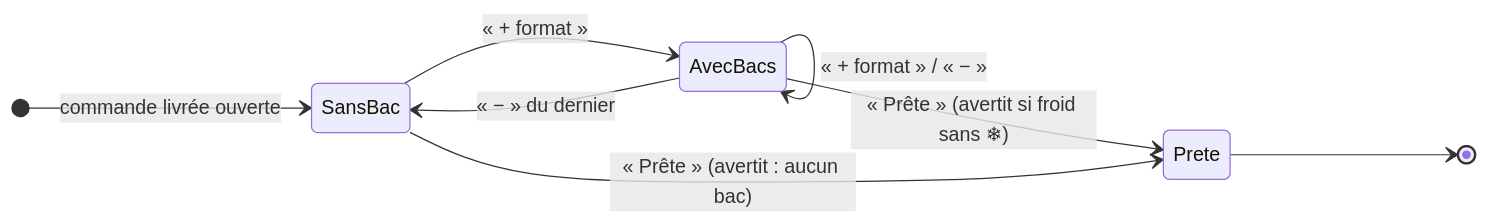
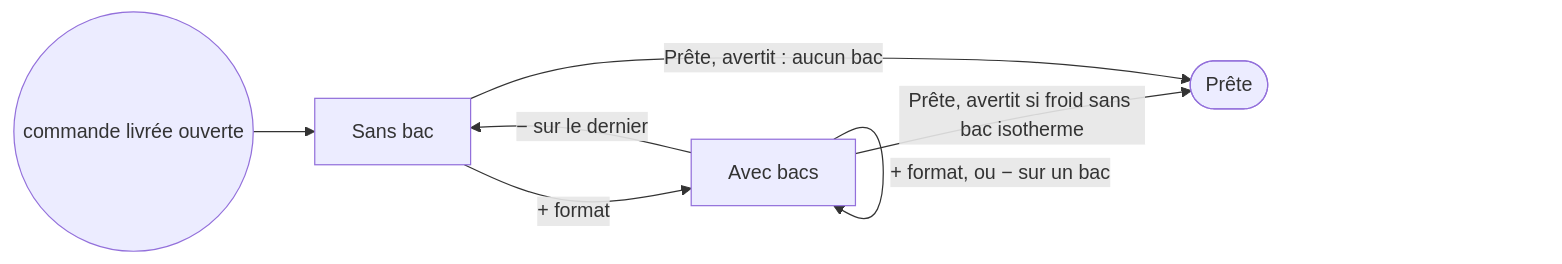
One commit to hugoheynard/lfd changed the third of 3 diagrams in documentation/livraisons/plan-le-plus-choisit-un-bac.md. Above: the diagram before and after it, drawn with Mermaid.

Commit message:
docs(livraisons): le schéma de l'écran du plan « + choisit un bac » se rend
Un second deux-points dans une étiquette de transition cassait le
stateDiagram ; réécrit en flowchart.

````diff
--- a/documentation/livraisons/plan-le-plus-choisit-un-bac.md
+++ b/documentation/livraisons/plan-le-plus-choisit-un-bac.md
@@ -128,11 +128,9 @@
 ```mermaid
-stateDiagram-v2
-  direction LR
-  [*] --> SansBac: commande livrée ouverte
-  SansBac --> AvecBacs: « + format »
-  AvecBacs --> AvecBacs: « + format » / « − »
-  AvecBacs --> SansBac: « − » du dernier
-  AvecBacs --> Prete: « Prête » (avertit si froid sans ❄)
-  SansBac --> Prete: « Prête » (avertit : aucun bac)
-  Prete --> [*]
+flowchart LR
+  start(("commande livrée ouverte")) --> sans["Sans bac"]
+  sans -- "+ format" --> avec["Avec bacs"]
+  avec -- "+ format, ou − sur un bac" --> avec
+  avec -- "− sur le dernier" --> sans
+  avec -- "Prête, avertit si froid sans bac isotherme" --> prete(["Prête"])
+  sans -- "Prête, avertit : aucun bac" --> prete
 ```
````
